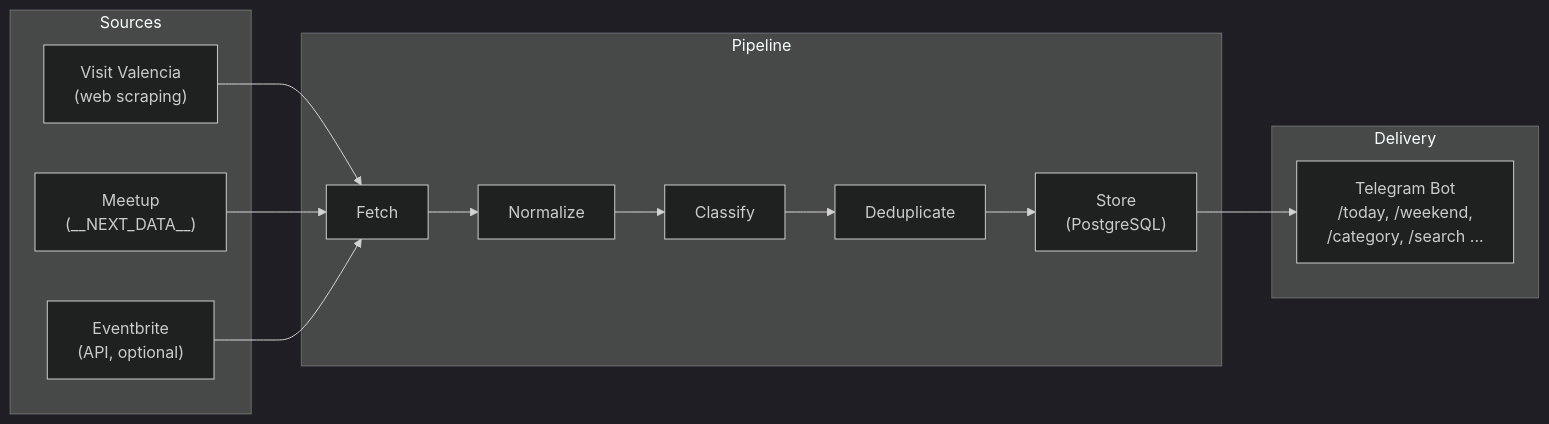
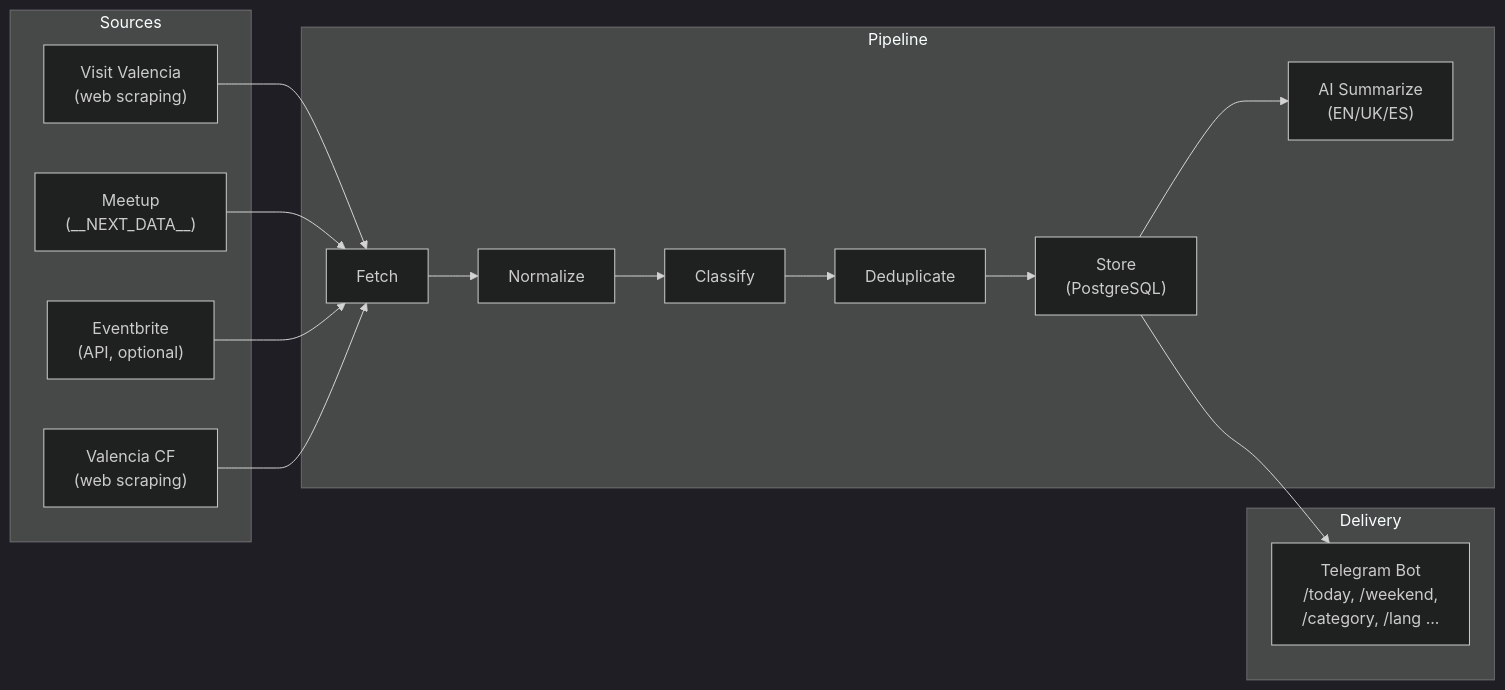
Before and after one commit to athlonUA/ValenciaGo: the diagram in README.md, drawn with Mermaid (dark theme). The commit also changed other lines of this file and 28 other files, not shown here.

````diff
--- a/README.md
+++ b/README.md
@@ -7,24 +7,27 @@
 ```mermaid
 graph LR
   subgraph Sources
     VV["Visit Valencia<br/>(web scraping)"]
     MU["Meetup<br/>(__NEXT_DATA__)"]
     EB["Eventbrite<br/>(API, optional)"]
+    VCF["Valencia CF<br/>(web scraping)"]
   end
 
   subgraph Pipeline
     F["Fetch"] --> N["Normalize"]
     N --> C["Classify"]
     C --> D["Deduplicate"]
     D --> S["Store<br/>(PostgreSQL)"]
+    S --> AI["AI Summarize<br/>(EN/UK/ES)"]
   end
 
   subgraph Delivery
-    BOT["Telegram Bot<br/>/today, /weekend,<br/>/category, /search ..."]
+    BOT["Telegram Bot<br/>/today, /weekend,<br/>/category, /lang ..."]
   end
 
   VV --> F
   MU --> F
   EB --> F
+  VCF --> F
   S --> BOT
 ```
````
